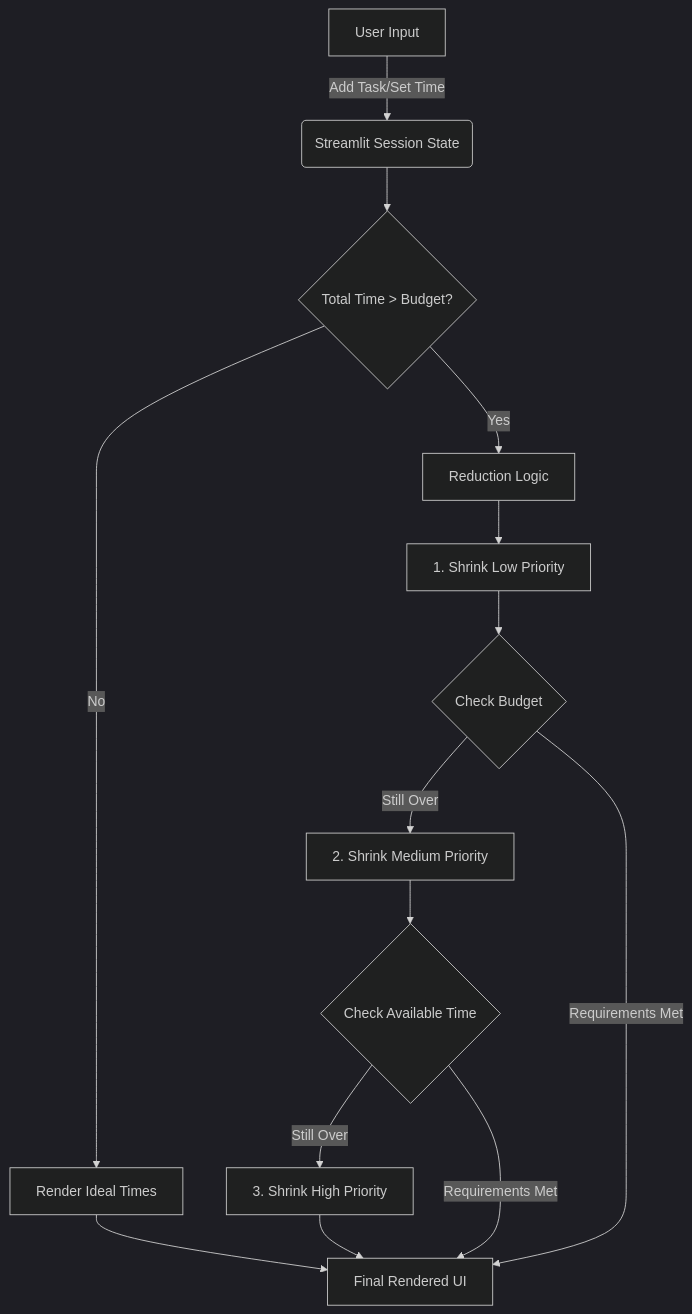
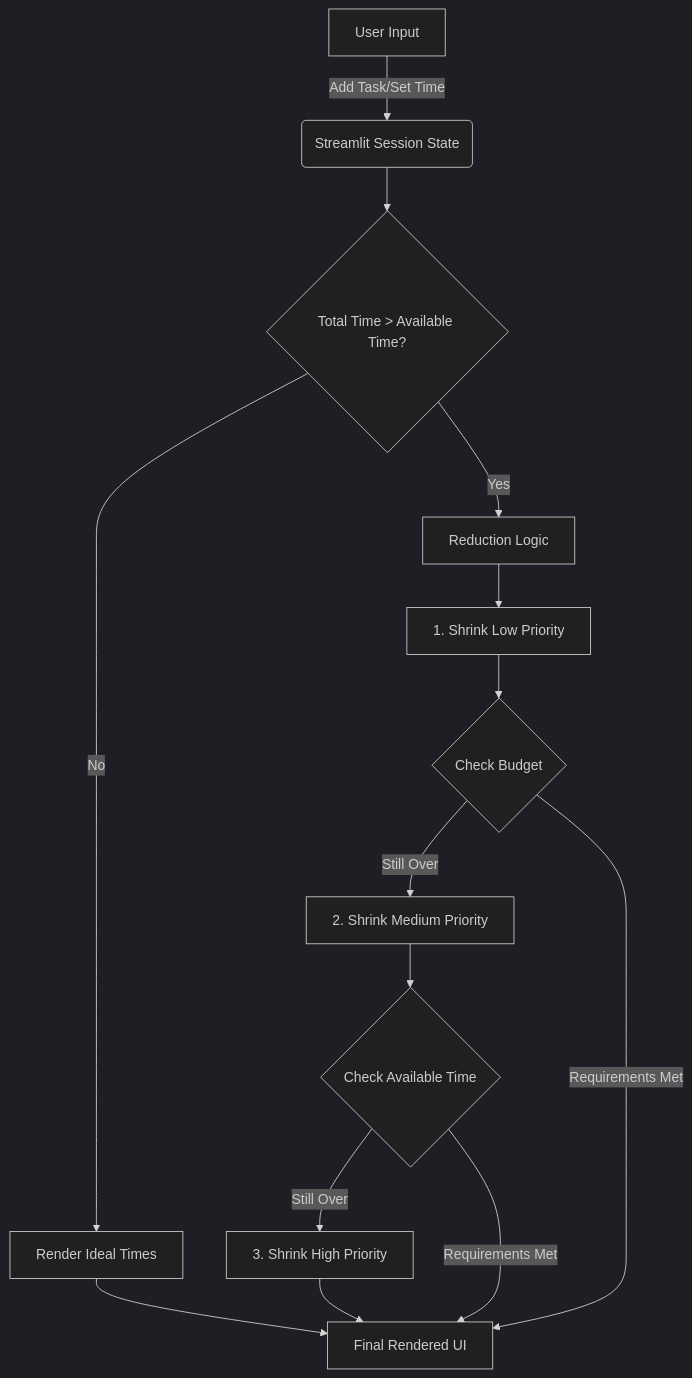
One commit to pranayjain-13/Dynamic-Scheduler changed the second of 2 diagrams in README.md. Above: the diagram before and after it, drawn with Mermaid (dark theme).

Commit message:
Update decision node condition in flowchart

````diff
--- a/README.md
+++ b/README.md
@@ -59,18 +59,18 @@
 ``` mermaid
 graph TD
     A[User Input] -->|Add Task/Set Time| B(Streamlit Session State)
-    B --> C{Total Time > Budget?}
+    B --> C{Total Time > Available Time?}
     C -- No --> D[Render Ideal Times]
     C -- Yes --> E[Reduction Logic]
     
     E --> F[1. Shrink Low Priority]
     F --> G{Check Budget}
     G -- Still Over --> H[2. Shrink Medium Priority]
     H --> I{Check Available Time}
     I -- Still Over --> J[3. Shrink High Priority]
     
     J --> K[Final Rendered UI]
     D --> K
     G -- Requirements Met --> K
     I -- Requirements Met --> K
 ```
````
